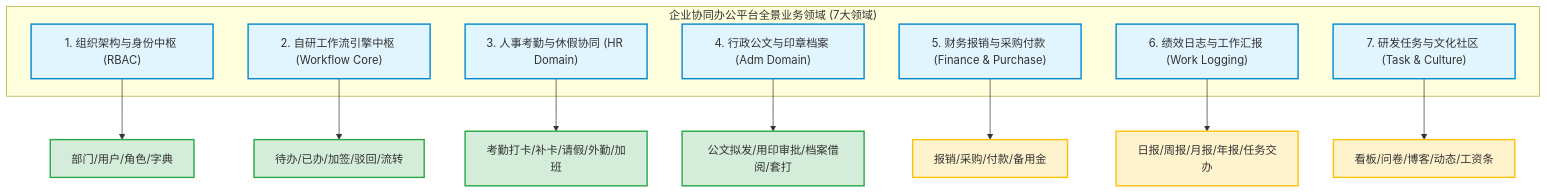
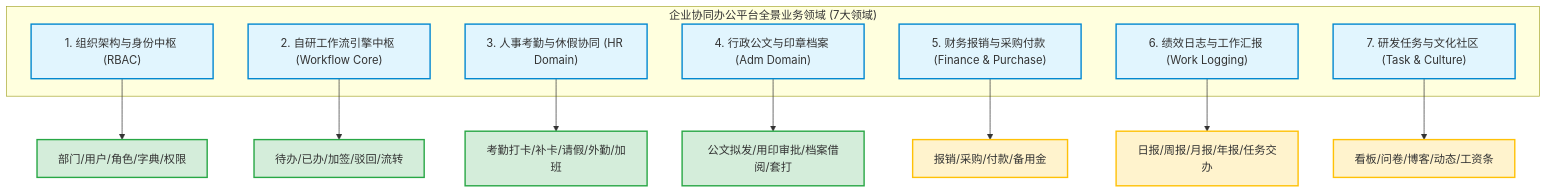
Before and after one commit to huangjingpei/oa-suite: the first of 2 diagrams in oa-dev/docs/08-legacy-to-modern-comparison-matrix.md, drawn with Mermaid. The commit also changed other lines of this file, not shown here.

````diff
--- a/oa-dev/docs/08-legacy-to-modern-comparison-matrix.md
+++ b/oa-dev/docs/08-legacy-to-modern-comparison-matrix.md
@@ -18,24 +18,24 @@
 ```mermaid
 graph TD
     classDef domain fill:#e1f5fe,stroke:#0288d1,stroke-width:2px;
     classDef core fill:#d4edda,stroke:#28a745,stroke-width:2px;
     classDef ext fill:#fff3cd,stroke:#ffc107,stroke-width:2px;
 
     subgraph "企业协同办公平台全景业务领域 (7大领域)"
         D1["1. 组织架构与身份中枢 (RBAC)"]:::domain
         D2["2. 自研工作流引擎中枢 (Workflow Core)"]:::domain
         D3["3. 人事考勤与休假协同 (HR Domain)"]:::domain
         D4["4. 行政公文与印章档案 (Adm Domain)"]:::domain
         D5["5. 财务报销与采购付款 (Finance & Purchase)"]:::domain
         D6["6. 绩效日志与工作汇报 (Work Logging)"]:::domain
         D7["7. 研发任务与文化社区 (Task & Culture)"]:::domain
     end
 
-    D1 --> C1["部门/用户/角色/字典"]:::core
+    D1 --> C1["部门/用户/角色/字典/权限"]:::core
     D2 --> C2["待办/已办/加签/驳回/流转"]:::core
     D3 --> C3["考勤打卡/补卡/请假/外勤/加班"]:::core
     D4 --> C4["公文拟发/用印审批/档案借阅/套打"]:::core
     D5 --> E1["报销/采购/付款/备用金"]:::ext
     D6 --> E2["日报/周报/月报/年报/任务交办"]:::ext
     D7 --> E3["看板/问卷/博客/动态/工资条"]:::ext
 ```
````
